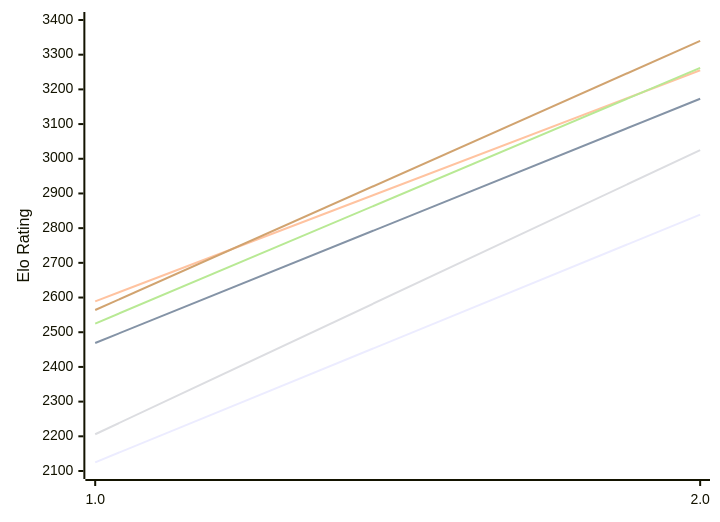
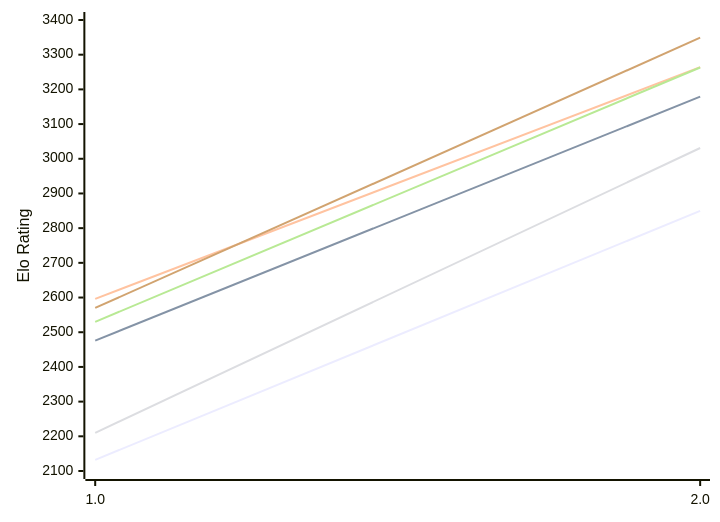
Before and after one commit to computer-chess-index/cci: the diagram in engines/Scarlet.md, drawn with Mermaid. The commit also changed other lines of this file, not shown here.

Commit message:
Update CCI Ratings (ELO VLTC) - 2026-11-03

````diff
--- a/engines/Scarlet.md
+++ b/engines/Scarlet.md
@@ -49,12 +49,12 @@
 ```mermaid
 %%{init: {"theme":"base","themeVariables":{"seriesColors:['#a3a3a3','#222221','#faa371']}}}%%
 xychart-beta
   x-axis ["1.0", "2.0"]
   y-axis "Elo Rating" 2100 --> 3400
-  line "E1: STC (8.0+0.08s)" [2125, 2839]
-  line "E1: LTC (60.0+0.60s)" [2469, 3173]
-  line "E1: VLTC (2m24s+1.12s)" [2589, 3255]
-  line "P1: STC (8.0+0.08s)" [2206, 3025]
-  line "P1: LTC (60.0+0.60s)" [2525, 3262]
-  line "P1: VLTC (2m24s+1.12s)" [2564, 3340]
+  line "E1: STC (8.0+0.08s)" [2132, 2850]
+  line "E1: LTC (60.0+0.60s)" [2476, 3179]
+  line "E1: VLTC (2m24s+1.12s)" [2596, 3264]
+  line "P1: STC (8.0+0.08s)" [2210, 3031]
+  line "P1: LTC (60.0+0.60s)" [2530, 3263]
+  line "P1: VLTC (2m24s+1.12s)" [2570, 3349]
 ```
````
